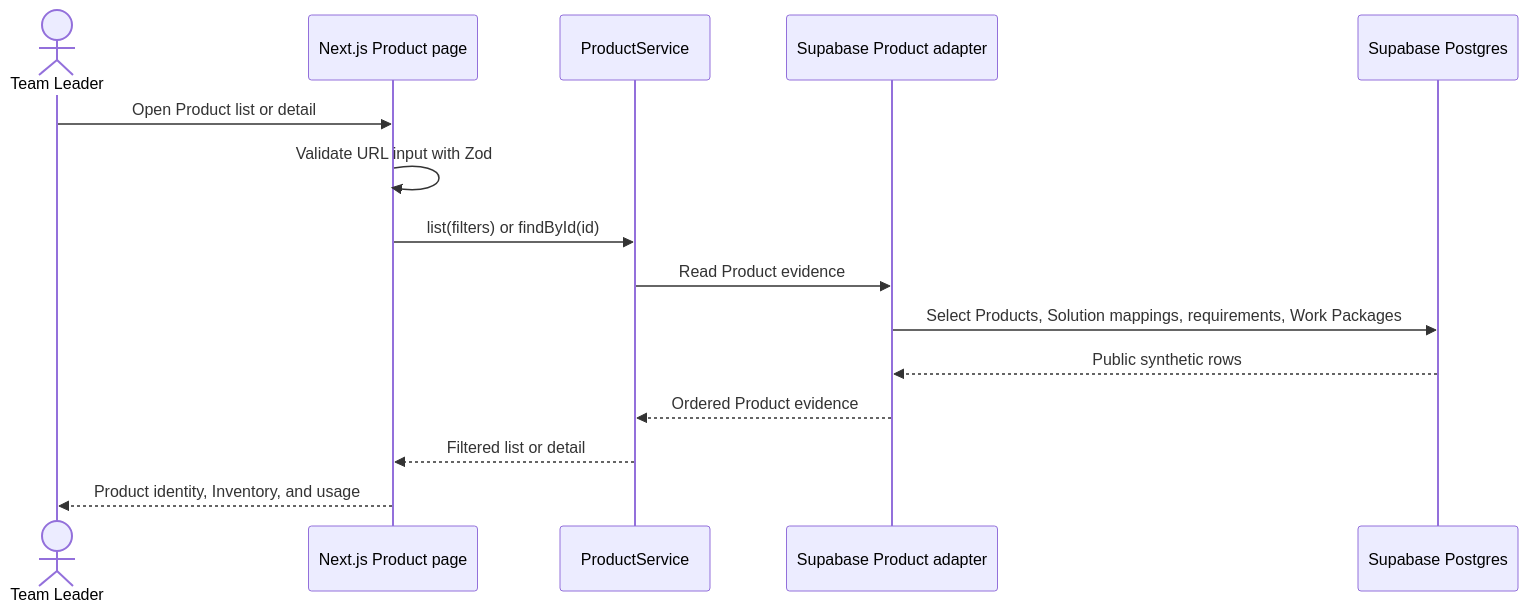
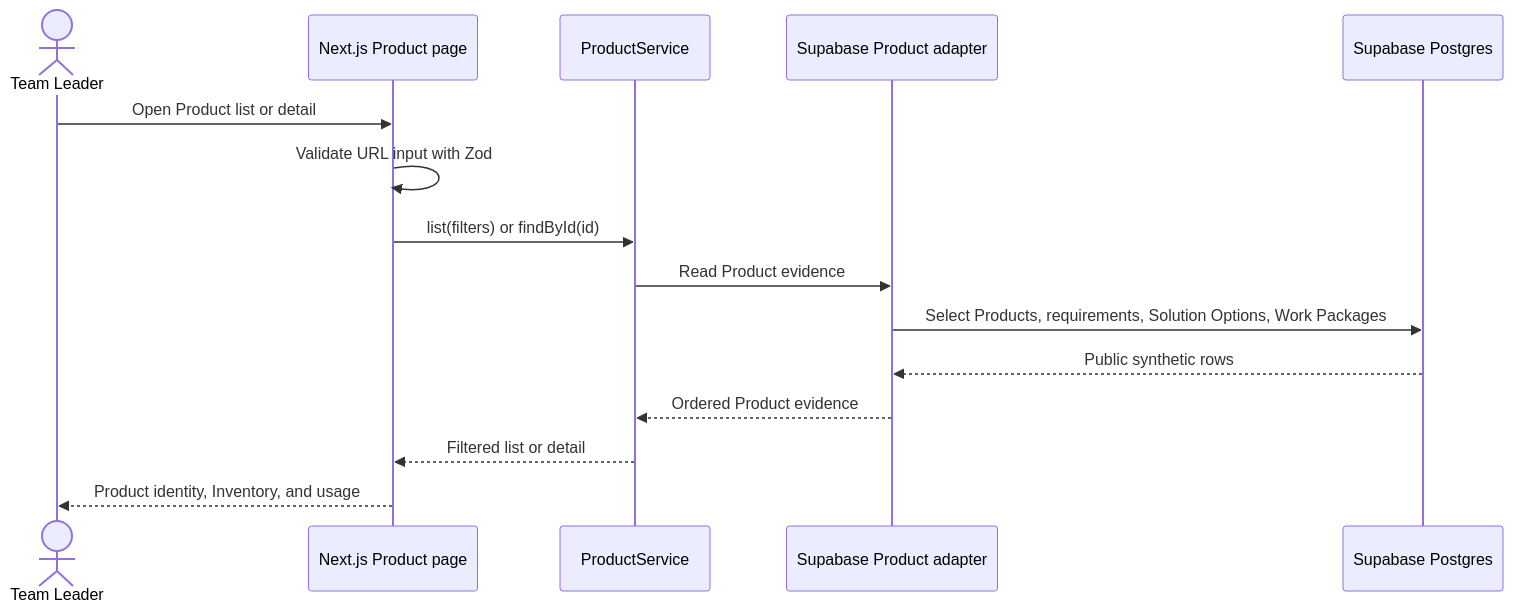
Before and after one commit to jiqiang90/qantum-stock: the fifth of 7 diagrams in docs/architecture/overview.md, drawn with Mermaid. The commit also changed other lines of this file and 17 other files, not shown here.

````diff
--- a/docs/architecture/overview.md
+++ b/docs/architecture/overview.md
@@ -193,18 +193,18 @@
 ```mermaid
 sequenceDiagram
     actor TL as Team Leader
     participant Page as Next.js Product page
     participant Service as ProductService
     participant Repo as Supabase Product adapter
     participant DB as Supabase Postgres
 
     TL->>Page: Open Product list or detail
     Page->>Page: Validate URL input with Zod
     Page->>Service: list(filters) or findById(id)
     Service->>Repo: Read Product evidence
-    Repo->>DB: Select Products, Solution mappings, requirements, Work Packages
+    Repo->>DB: Select Products, requirements, Solution Options, Work Packages
     DB-->>Repo: Public synthetic rows
     Repo-->>Service: Ordered Product evidence
     Service-->>Page: Filtered list or detail
     Page-->>TL: Product identity, Inventory, and usage
 ```
````
